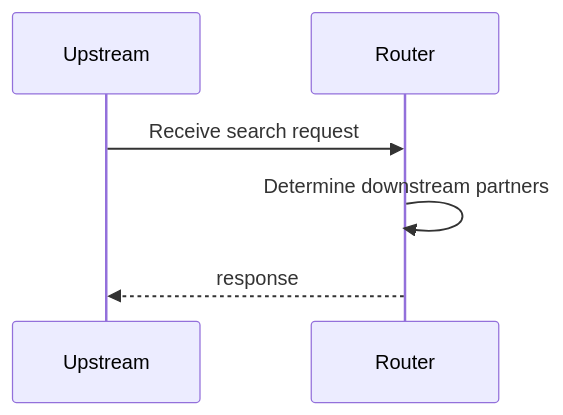
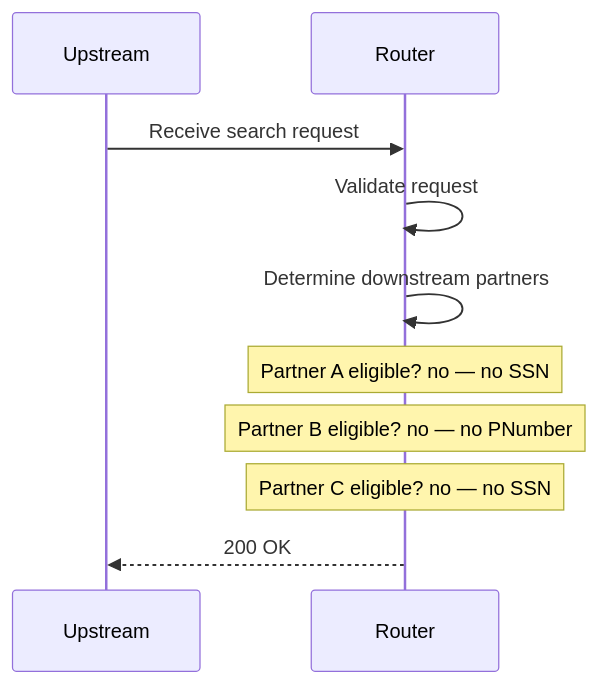
One commit to jwdomes/automockit changed the diagram in main-app/docs/flows/no-partners.mmd. Above: the diagram before and after it, drawn with Mermaid. The commit also changed 45 other files, not shown here.

```diff
--- a/main-app/docs/flows/no-partners.mmd
+++ b/main-app/docs/flows/no-partners.mmd
@@ -1,7 +1,11 @@
 sequenceDiagram
     %% No SSN and no PNumber: no partner is called
     participant UPSTREAM as Upstream
     participant ROUTER as Router
     UPSTREAM->>ROUTER: Receive search request
+    ROUTER->>ROUTER: Validate request
     ROUTER->>ROUTER: Determine downstream partners
-    ROUTER-->>UPSTREAM: response
+    Note over ROUTER: Partner A eligible? no — no SSN
+    Note over ROUTER: Partner B eligible? no — no PNumber
+    Note over ROUTER: Partner C eligible? no — no SSN
+    ROUTER-->>UPSTREAM: 200 OK
```
